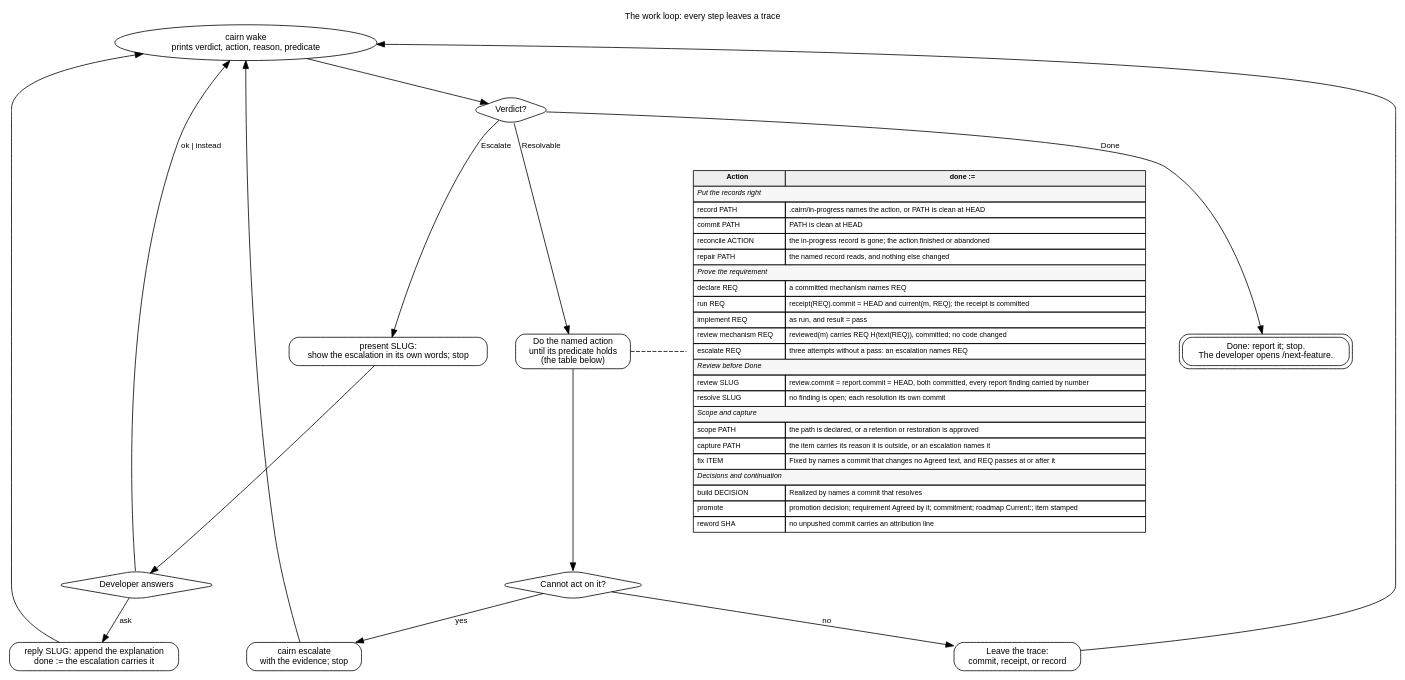
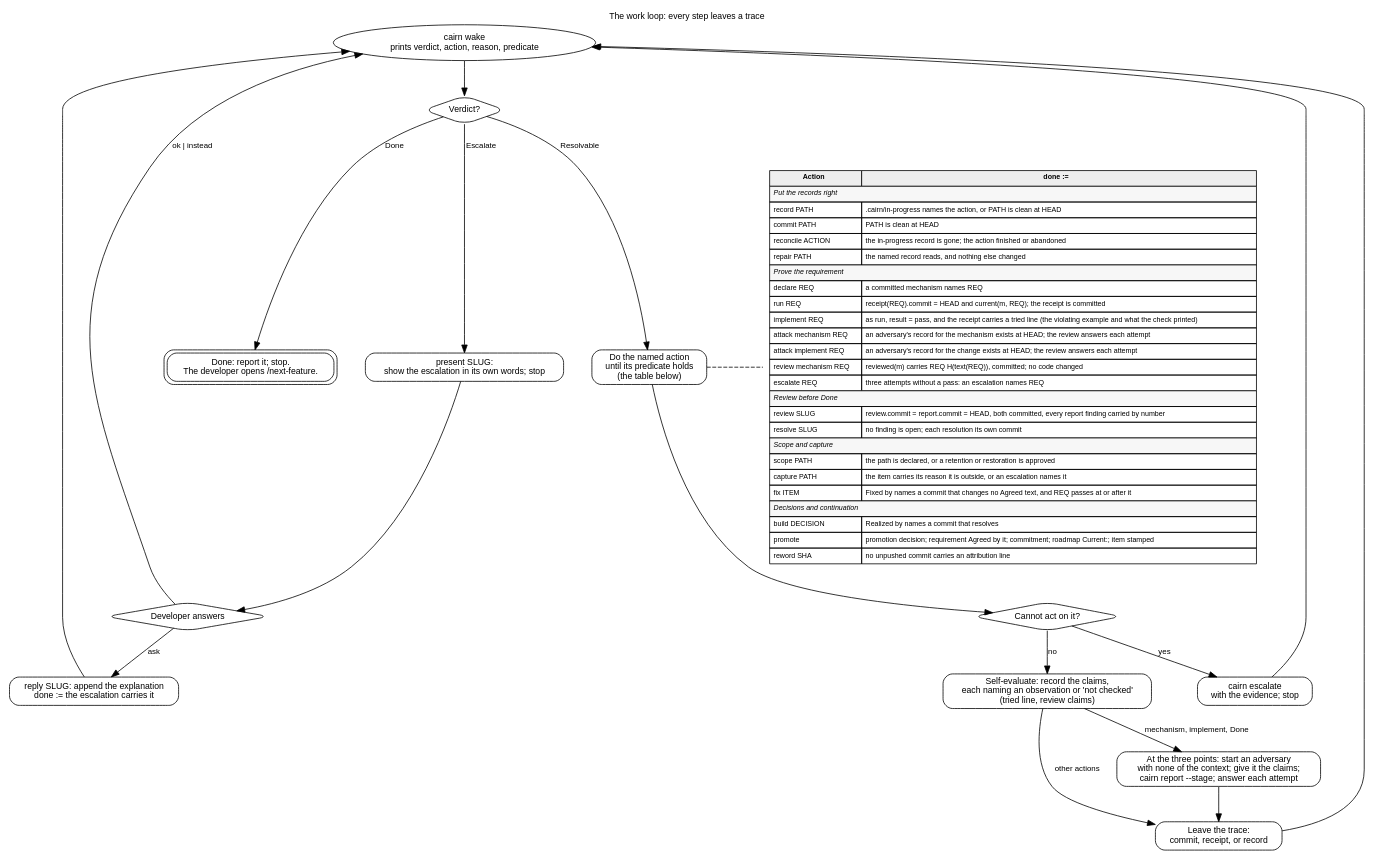
One commit to eas4ai/cairn changed the diagram in docs/diagrams/work-loop.dot. Above: the diagram before and after it, drawn with Graphviz. The commit also changed 2 other files, not shown here.

Commit message:
Self-evaluation and adversarial review at three points per commitment

```diff
--- a/docs/diagrams/work-loop.dot
+++ b/docs/diagrams/work-loop.dot
@@ -1,68 +1,75 @@
 // The work loop: wake names one action with its completion predicate; the agent does it; wake again.
 digraph work_loop {
   rankdir=TB;
   graph [fontname="Helvetica", fontsize=11, labelloc=t, label="The work loop: every step leaves a trace", nodesep=0.5, ranksep=0.6];
   node  [shape=box, style=rounded, fontname="Helvetica", fontsize=11];
   edge  [fontname="Helvetica", fontsize=10];
 
   wake [shape=oval, label="cairn wake\nprints verdict, action, reason, predicate"];
   verdict [shape=diamond, label="Verdict?"];
 
   // Escalate: the developer's turn
   present [label="present SLUG:\nshow the escalation in its own words; stop"];
   answer [shape=diamond, label="Developer answers"];
   reply [label="reply SLUG: append the explanation\ndone := the escalation carries it"];
 
   // Done: stop
   stop [shape=box, peripheries=2, label="Done: report it; stop.\nThe developer opens /next-feature."];
 
   // Resolvable: one action, until its predicate holds
   act [label="Do the named action\nuntil its predicate holds\n(the table below)"];
+  claim [label="Self-evaluate: record the claims,\neach naming an observation or 'not checked'\n(tried line, review claims)"];
+  adversary [label="At the three points: start an adversary\nwith none of the context; give it the claims;\ncairn report --stage; answer each attempt"];
   trace [label="Leave the trace:\ncommit, receipt, or record"];
   cannot [shape=diamond, label="Cannot act on it?"];
   escalate [label="cairn escalate\nwith the evidence; stop"];
 
   // The actions and their completion predicates
   actions [shape=plaintext, fontsize=9, label=<
     <TABLE BORDER="0" CELLBORDER="1" CELLSPACING="0" CELLPADDING="4">
       <TR><TD BGCOLOR="#eeeeee"><B>Action</B></TD><TD BGCOLOR="#eeeeee"><B>done :=</B></TD></TR>
       <TR><TD ALIGN="LEFT" COLSPAN="2" BGCOLOR="#f7f7f7"><I>Put the records right</I></TD></TR>
       <TR><TD ALIGN="LEFT">record PATH</TD><TD ALIGN="LEFT">.cairn/in-progress names the action, or PATH is clean at HEAD</TD></TR>
       <TR><TD ALIGN="LEFT">commit PATH</TD><TD ALIGN="LEFT">PATH is clean at HEAD</TD></TR>
       <TR><TD ALIGN="LEFT">reconcile ACTION</TD><TD ALIGN="LEFT">the in-progress record is gone; the action finished or abandoned</TD></TR>
       <TR><TD ALIGN="LEFT">repair PATH</TD><TD ALIGN="LEFT">the named record reads, and nothing else changed</TD></TR>
       <TR><TD ALIGN="LEFT" COLSPAN="2" BGCOLOR="#f7f7f7"><I>Prove the requirement</I></TD></TR>
       <TR><TD ALIGN="LEFT">declare REQ</TD><TD ALIGN="LEFT">a committed mechanism names REQ</TD></TR>
       <TR><TD ALIGN="LEFT">run REQ</TD><TD ALIGN="LEFT">receipt(REQ).commit = HEAD and current(m, REQ); the receipt is committed</TD></TR>
-      <TR><TD ALIGN="LEFT">implement REQ</TD><TD ALIGN="LEFT">as run, and result = pass</TD></TR>
+      <TR><TD ALIGN="LEFT">implement REQ</TD><TD ALIGN="LEFT">as run, result = pass, and the receipt carries a tried line (the violating example and what the check printed)</TD></TR>
+      <TR><TD ALIGN="LEFT">attack mechanism REQ</TD><TD ALIGN="LEFT">an adversary's record for the mechanism exists at HEAD; the review answers each attempt</TD></TR>
+      <TR><TD ALIGN="LEFT">attack implement REQ</TD><TD ALIGN="LEFT">an adversary's record for the change exists at HEAD; the review answers each attempt</TD></TR>
       <TR><TD ALIGN="LEFT">review mechanism REQ</TD><TD ALIGN="LEFT">reviewed(m) carries REQ H(text(REQ)), committed; no code changed</TD></TR>
       <TR><TD ALIGN="LEFT">escalate REQ</TD><TD ALIGN="LEFT">three attempts without a pass: an escalation names REQ</TD></TR>
       <TR><TD ALIGN="LEFT" COLSPAN="2" BGCOLOR="#f7f7f7"><I>Review before Done</I></TD></TR>
       <TR><TD ALIGN="LEFT">review SLUG</TD><TD ALIGN="LEFT">review.commit = report.commit = HEAD, both committed, every report finding carried by number</TD></TR>
       <TR><TD ALIGN="LEFT">resolve SLUG</TD><TD ALIGN="LEFT">no finding is open; each resolution its own commit</TD></TR>
       <TR><TD ALIGN="LEFT" COLSPAN="2" BGCOLOR="#f7f7f7"><I>Scope and capture</I></TD></TR>
       <TR><TD ALIGN="LEFT">scope PATH</TD><TD ALIGN="LEFT">the path is declared, or a retention or restoration is approved</TD></TR>
       <TR><TD ALIGN="LEFT">capture PATH</TD><TD ALIGN="LEFT">the item carries its reason it is outside, or an escalation names it</TD></TR>
       <TR><TD ALIGN="LEFT">fix ITEM</TD><TD ALIGN="LEFT">Fixed by names a commit that changes no Agreed text, and REQ passes at or after it</TD></TR>
       <TR><TD ALIGN="LEFT" COLSPAN="2" BGCOLOR="#f7f7f7"><I>Decisions and continuation</I></TD></TR>
       <TR><TD ALIGN="LEFT">build DECISION</TD><TD ALIGN="LEFT">Realized by names a commit that resolves</TD></TR>
       <TR><TD ALIGN="LEFT">promote</TD><TD ALIGN="LEFT">promotion decision; requirement Agreed by it; commitment; roadmap Current:; item stamped</TD></TR>
       <TR><TD ALIGN="LEFT">reword SHA</TD><TD ALIGN="LEFT">no unpushed commit carries an attribution line</TD></TR>
     </TABLE>>];
 
   wake -> verdict;
   verdict -> present [label="Escalate"];
   present -> answer;
   answer -> reply [label="ask"];
   answer -> wake [label="ok | instead"];
   reply -> wake;
   verdict -> stop [label="Done"];
   verdict -> act [label="Resolvable"];
   act -> cannot;
-  cannot -> trace [label="no"];
+  cannot -> claim [label="no"];
   cannot -> escalate [label="yes"];
+  claim -> adversary [label="mechanism, implement, Done"];
+  claim -> trace [label="other actions"];
+  adversary -> trace;
   trace -> wake;
   escalate -> wake;
   act -> actions [style=dashed, arrowhead=none];
   { rank=same; act; actions; }
 }
```
